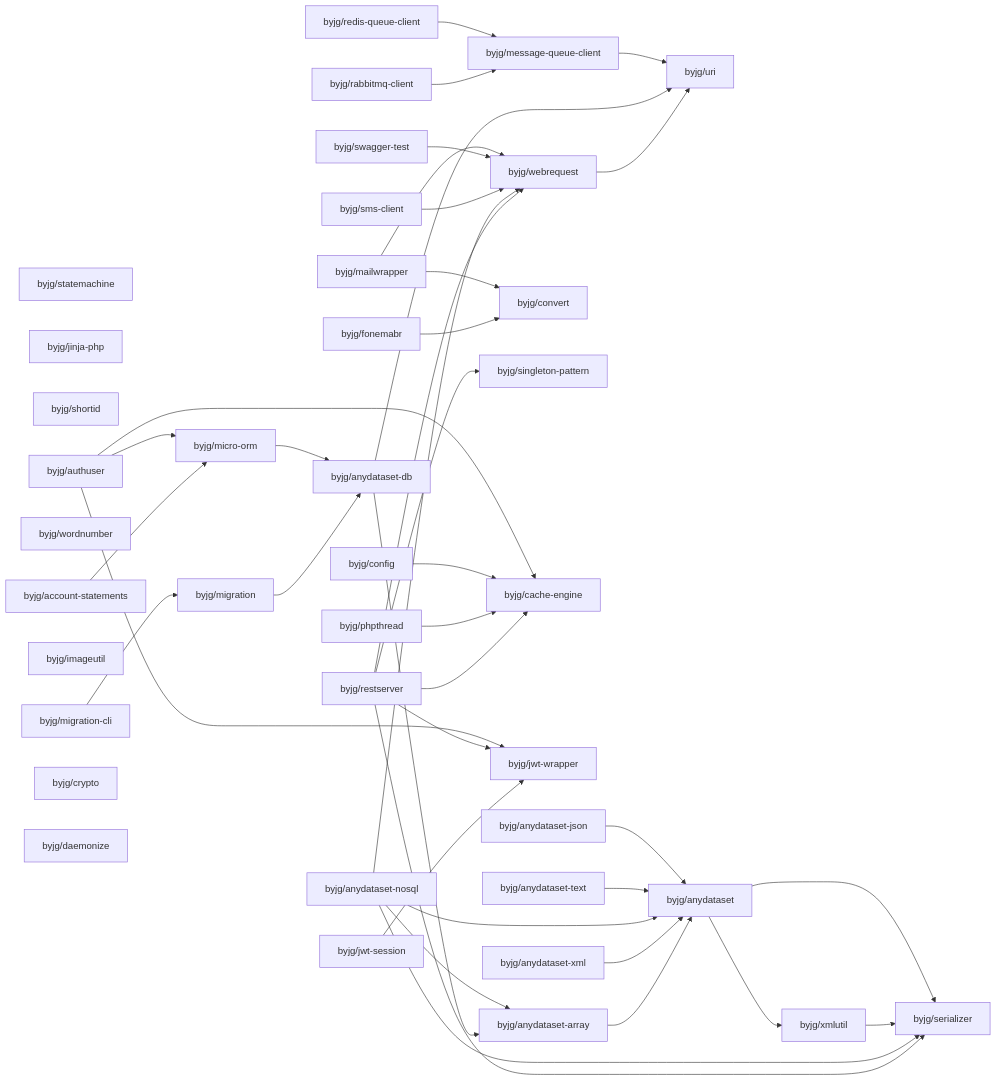
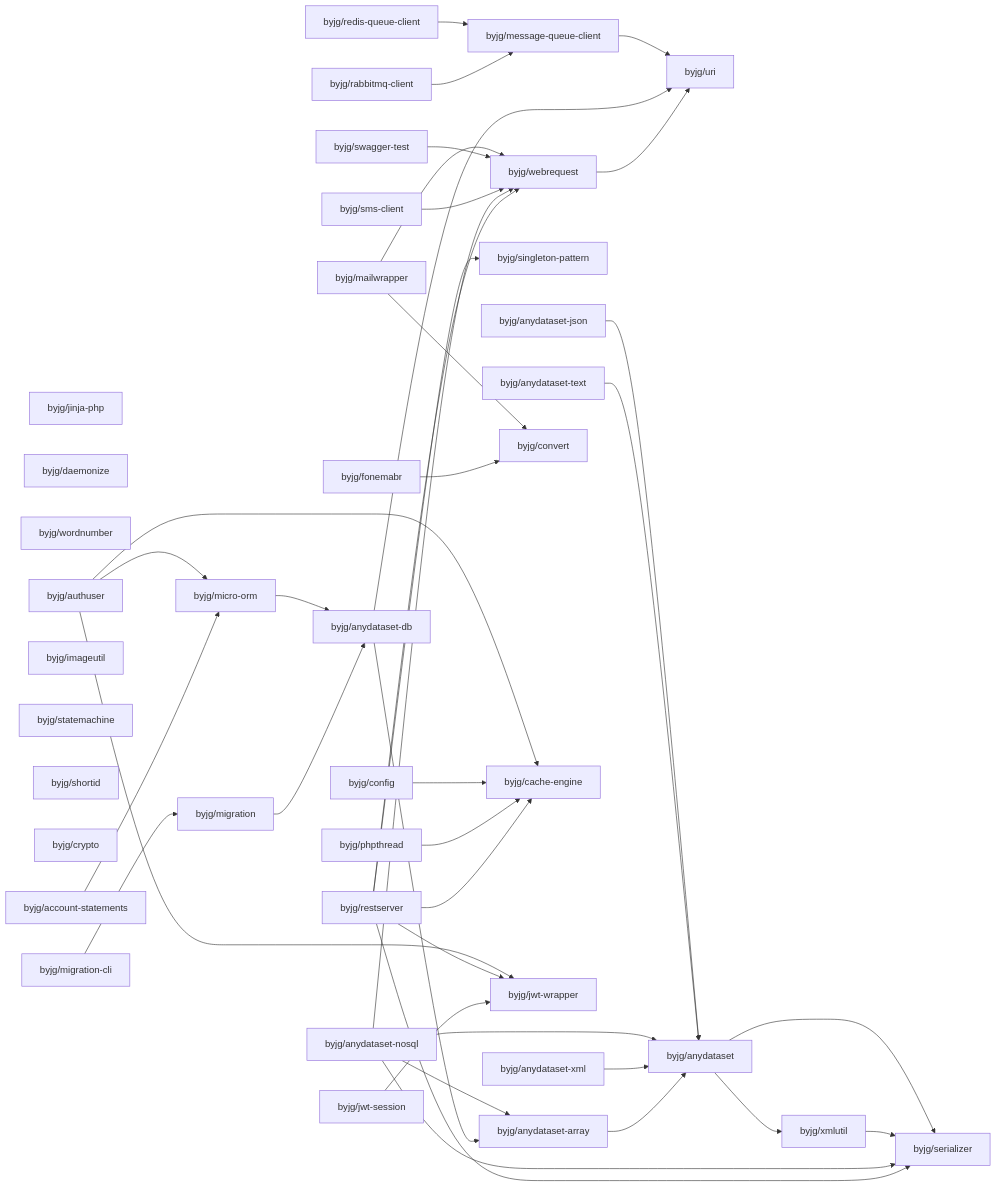
Before and after one commit to byjg/byjg.github.io: the diagram in docs/php/README.md, drawn with Mermaid. The commit also changed other lines of this file and 1 other file, not shown here.

Commit message:
Update documentation 'php' 'php-message-queue-client'

````diff
--- a/docs/php/README.md
+++ b/docs/php/README.md
@@ -3,78 +3,78 @@
 ```mermaid
 graph LR;
+  byjg/rabbitmq-client;
+  byjg/restserver;
+  byjg/jinja-php;
+  byjg/sms-client;
+  byjg/daemonize;
+  byjg/anydataset-nosql;
+  byjg/anydataset-xml;
+  byjg/phpthread;
+  byjg/swagger-test;
+  byjg/redis-queue-client;
+  byjg/wordnumber;
+  byjg/mailwrapper;
   byjg/jwt-session;
+  byjg/account-statements;
+  byjg/imageutil;
   byjg/statemachine;
-  byjg/mailwrapper;
-  byjg/rabbitmq-client;
-  byjg/jinja-php;
   byjg/shortid;
+  byjg/crypto;
   byjg/fonemabr;
+  byjg/config;
+  byjg/migration-cli;
+  byjg/anydataset-json;
+  byjg/authuser;
   byjg/anydataset-text;
-  byjg/phpthread;
-  byjg/migration-cli;
-  byjg/anydataset-xml;
-  byjg/wordnumber;
-  byjg/sms-client;
-  byjg/config;
-  byjg/account-statements;
-  byjg/restserver;
-  byjg/imageutil;
-  byjg/anydataset-nosql;
-  byjg/authuser;
-  byjg/redis-queue-client;
-  byjg/swagger-test;
-  byjg/crypto;
-  byjg/daemonize;
-  byjg/anydataset-json;
+  byjg/singleton-pattern;
+  byjg/message-queue-client;
+  byjg/webrequest;
   byjg/convert;
   byjg/migration;
-  byjg/singleton-pattern;
   byjg/micro-orm;
   byjg/cache-engine;
   byjg/jwt-wrapper;
-  byjg/message-queue-client;
-  byjg/webrequest;
   byjg/anydataset-db;
   byjg/anydataset-array;
   byjg/uri;
   byjg/anydataset;
   byjg/xmlutil;
   byjg/serializer;
   byjg/account-statements --> byjg/micro-orm;
   byjg/fonemabr --> byjg/convert;
   byjg/webrequest --> byjg/uri;
   byjg/anydataset-array --> byjg/anydataset;
   byjg/anydataset-xml --> byjg/anydataset;
   byjg/rabbitmq-client --> byjg/message-queue-client;
   byjg/redis-queue-client --> byjg/message-queue-client;
   byjg/jwt-session --> byjg/jwt-wrapper;
   byjg/anydataset-db --> byjg/anydataset-array;
   byjg/anydataset-db --> byjg/uri;
   byjg/restserver --> byjg/serializer;
   byjg/restserver --> byjg/singleton-pattern;
   byjg/restserver --> byjg/cache-engine;
   byjg/restserver --> byjg/webrequest;
   byjg/restserver --> byjg/jwt-wrapper;
   byjg/migration --> byjg/anydataset-db;
   byjg/anydataset-nosql --> byjg/anydataset;
   byjg/anydataset-nosql --> byjg/anydataset-array;
   byjg/anydataset-nosql --> byjg/serializer;
   byjg/anydataset-nosql --> byjg/webrequest;
   byjg/phpthread --> byjg/cache-engine;
   byjg/sms-client --> byjg/webrequest;
   byjg/swagger-test --> byjg/webrequest;
   byjg/migration-cli --> byjg/migration;
   byjg/config --> byjg/cache-engine;
   byjg/anydataset-text --> byjg/anydataset;
   byjg/micro-orm --> byjg/anydataset-db;
   byjg/authuser --> byjg/micro-orm;
   byjg/authuser --> byjg/cache-engine;
   byjg/authuser --> byjg/jwt-wrapper;
   byjg/anydataset-json --> byjg/anydataset;
   byjg/mailwrapper --> byjg/convert;
   byjg/mailwrapper --> byjg/webrequest;
   byjg/xmlutil --> byjg/serializer;
   byjg/anydataset --> byjg/serializer;
   byjg/anydataset --> byjg/xmlutil;
   byjg/message-queue-client --> byjg/uri;
 ```
````
